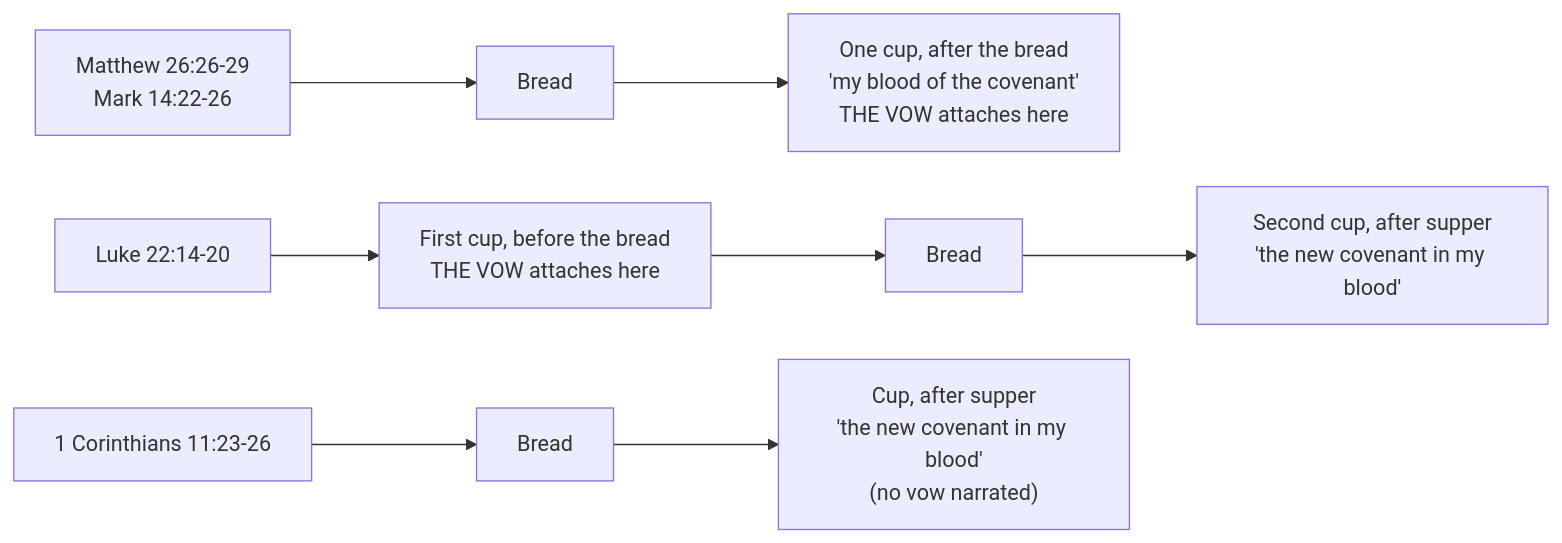
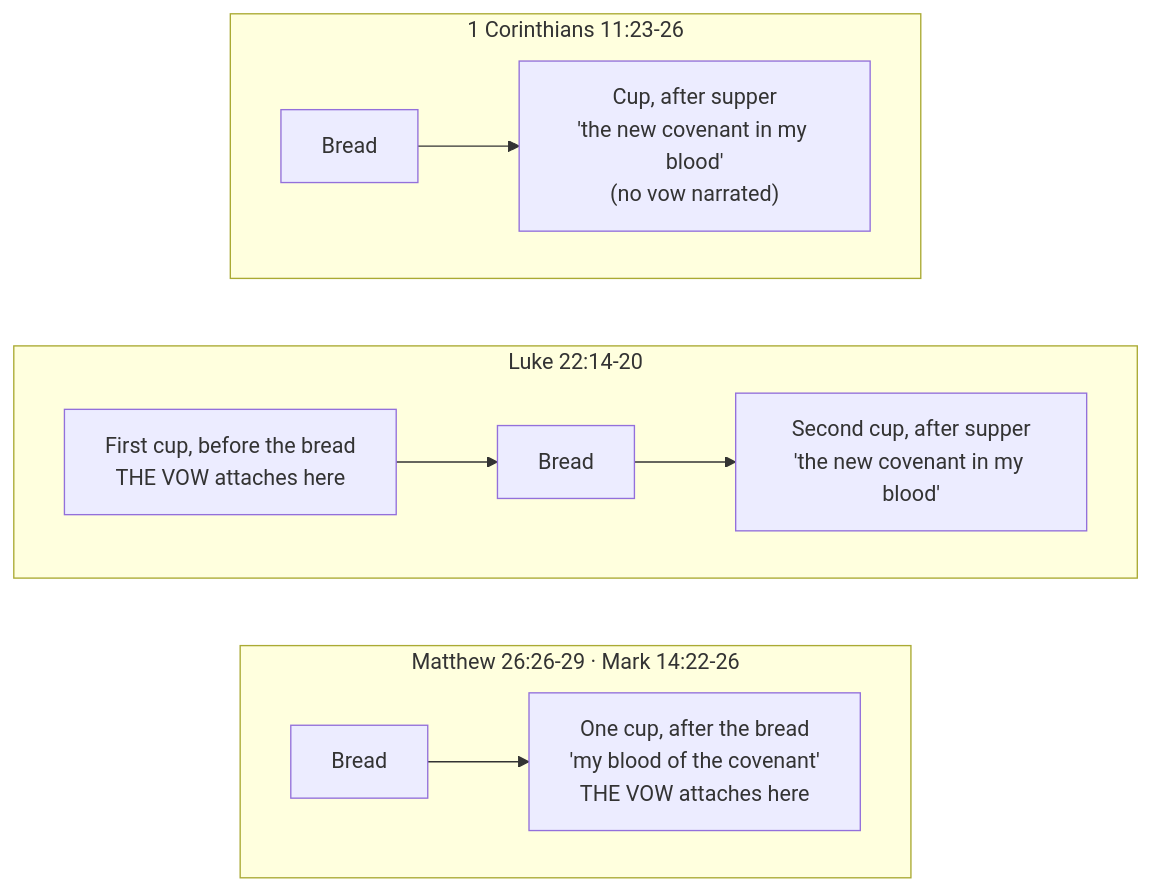
The first of 2 diagrams in docs/content/feasts/last-supper-four-cups.md (ding0t/bible_studies), drawn with Mermaid before and after one commit. The commit also changed other lines of this file and 8 other files, not shown here.

````diff
--- a/docs/content/feasts/last-supper-four-cups.md
+++ b/docs/content/feasts/last-supper-four-cups.md
@@ -201,6 +201,15 @@
 ```mermaid
 flowchart LR
-    MM["Matthew 26:26-29<br/>Mark 14:22-26"] --> MM1["Bread"] --> MM2["One cup, after the bread<br/>'my blood of the covenant'<br/>THE VOW attaches here"]
-    LK["Luke 22:14-20"] --> LK1["First cup, before the bread<br/>THE VOW attaches here"] --> LK2["Bread"] --> LK3["Second cup, after supper<br/>'the new covenant in my blood'"]
-    PL["1 Corinthians 11:23-26"] --> PL1["Bread"] --> PL2["Cup, after supper<br/>'the new covenant in my blood'<br/>(no vow narrated)"]
+    subgraph MMg["Matthew 26:26-29 · Mark 14:22-26"]
+      direction LR
+      MM1["Bread"] --> MM2["One cup, after the bread<br/>'my blood of the covenant'<br/>THE VOW attaches here"]
+    end
+    subgraph LKg["Luke 22:14-20"]
+      direction LR
+      LK1["First cup, before the bread<br/>THE VOW attaches here"] --> LK2["Bread"] --> LK3["Second cup, after supper<br/>'the new covenant in my blood'"]
+    end
+    subgraph PLg["1 Corinthians 11:23-26"]
+      direction LR
+      PL1["Bread"] --> PL2["Cup, after supper<br/>'the new covenant in my blood'<br/>(no vow narrated)"]
+    end
 ```
````
